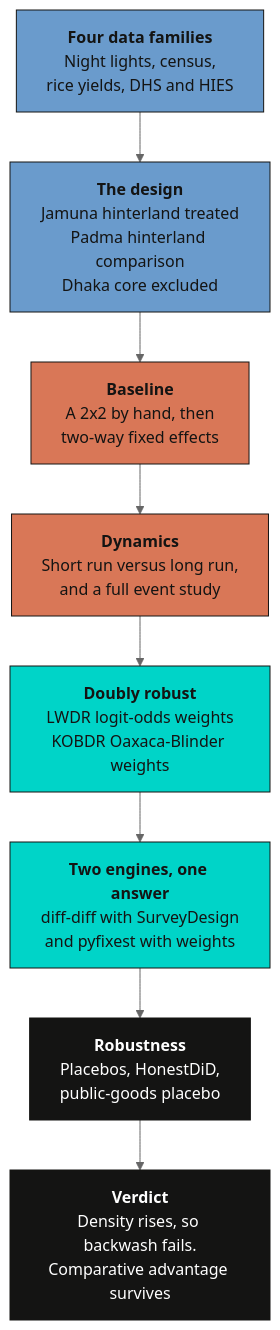
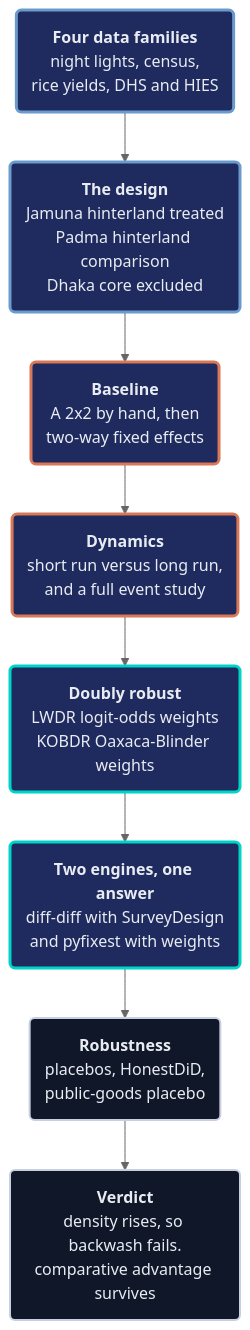
Before and after one commit to cmg777/starter-academic-v501: the first of 5 diagrams in content/post/python_bridge_impact/index.md, drawn with Mermaid (neutral theme). The commit also changed other lines of this file and 16 other files, not shown here.

First line of the commit message:
content(mermaid): restyle flowcharts in Python posts, batch 1 of 2

````diff
--- a/content/post/python_bridge_impact/index.md
+++ b/content/post/python_bridge_impact/index.md
@@ -131,19 +131,18 @@
 ```mermaid
 graph TD
-    A["<b>Four data families</b><br/>Night lights, census,<br/>rice yields, DHS and HIES"] --> B["<b>The design</b><br/>Jamuna hinterland treated<br/>Padma hinterland comparison<br/>Dhaka core excluded"]
-    B --> C["<b>Baseline</b><br/>A 2x2 by hand, then<br/>two-way fixed effects"]
-    C --> D["<b>Dynamics</b><br/>Short run versus long run,<br/>and a full event study"]
-    D --> E["<b>Doubly robust</b><br/>LWDR logit-odds weights<br/>KOBDR Oaxaca-Blinder weights"]
-    E --> F["<b>Two engines, one answer</b><br/>diff-diff with SurveyDesign<br/>and pyfixest with weights"]
-    F --> G["<b>Robustness</b><br/>Placebos, HonestDiD,<br/>public-goods placebo"]
-    G --> H["<b>Verdict</b><br/>Density rises, so backwash fails.<br/>Comparative advantage survives"]
-
-    style A fill:#6a9bcc,stroke:#141413,color:#141413
-    style B fill:#6a9bcc,stroke:#141413,color:#141413
-    style C fill:#d97757,stroke:#141413,color:#141413
-    style D fill:#d97757,stroke:#141413,color:#141413
-    style E fill:#00d4c8,stroke:#141413,color:#141413
-    style F fill:#00d4c8,stroke:#141413,color:#141413
-    style G fill:#141413,stroke:#141413,color:#fff
-    style H fill:#141413,stroke:#141413,color:#fff
+    A("<b>Four data families</b><br/>night lights, census,<br/>rice yields, DHS and HIES") --> B("<b>The design</b><br/>Jamuna hinterland treated<br/>Padma hinterland comparison<br/>Dhaka core excluded")
+    B --> C("<b>Baseline</b><br/>A 2x2 by hand, then<br/>two-way fixed effects")
+    C --> D("<b>Dynamics</b><br/>short run versus long run,<br/>and a full event study")
+    D --> E("<b>Doubly robust</b><br/>LWDR logit-odds weights<br/>KOBDR Oaxaca-Blinder weights")
+    E --> F("<b>Two engines, one answer</b><br/>diff-diff with SurveyDesign<br/>and pyfixest with weights")
+    F --> G("<b>Robustness</b><br/>placebos, HonestDiD,<br/>public-goods placebo")
+    G --> H("<b>Verdict</b><br/>density rises, so backwash fails.<br/>comparative advantage survives")
+    classDef blue fill:#1f2b5e,stroke:#6a9bcc,stroke-width:3px,color:#e8ecf2
+    classDef orange fill:#1f2b5e,stroke:#d97757,stroke-width:3px,color:#e8ecf2
+    classDef teal fill:#1f2b5e,stroke:#00d4c8,stroke-width:3px,color:#e8ecf2
+    classDef anchor fill:#0f1729,stroke:#c8d0e0,stroke-width:2px,color:#e8ecf2
+    class A,B blue
+    class C,D orange
+    class E,F teal
+    class G,H anchor
 ```
````
